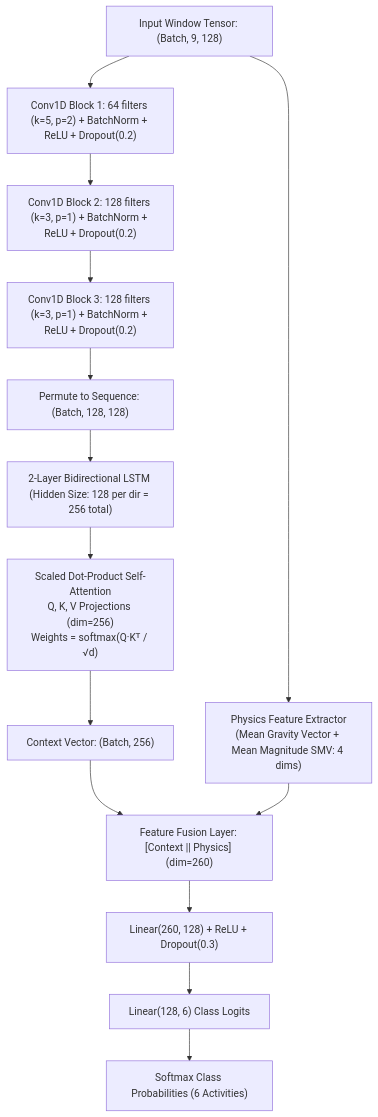
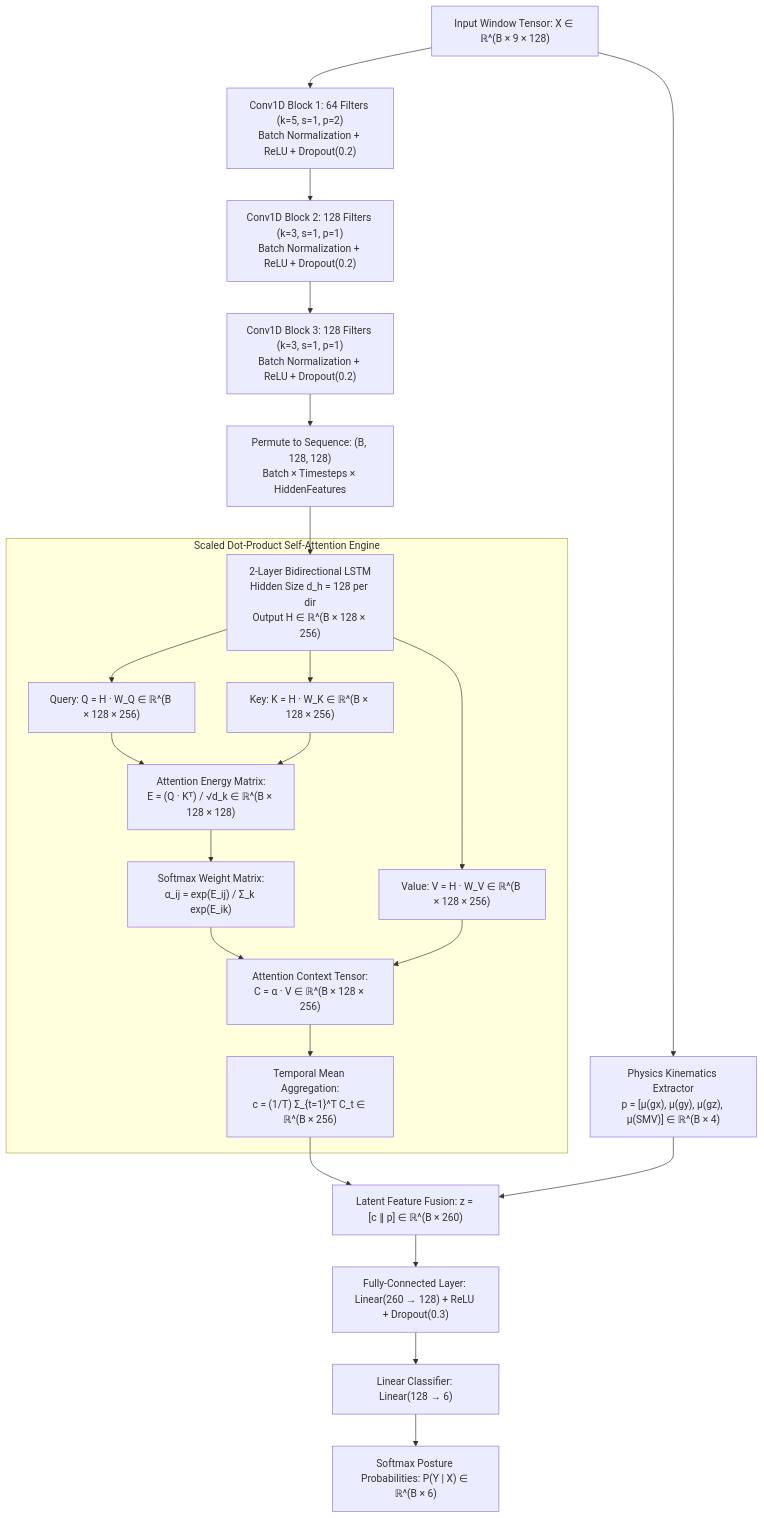
One commit to prathmesh-nitnaware/HAR changed the fourth of 8 diagrams in README.md. Above: the diagram before and after it, drawn with Mermaid. The commit also changed other lines of this file and 22 other files, not shown here.

````diff
--- a/README.md
+++ b/README.md
@@ -185,19 +280,26 @@
 ```mermaid
 flowchart TD
-    IN["Input Window Tensor: (Batch, 9, 128)"] --> C1["Conv1D Block 1: 64 filters (k=5, p=2) + BatchNorm + ReLU + Dropout(0.2)"]
-    C1 --> C2["Conv1D Block 2: 128 filters (k=3, p=1) + BatchNorm + ReLU + Dropout(0.2)"]
-    C2 --> C3["Conv1D Block 3: 128 filters (k=3, p=1) + BatchNorm + ReLU + Dropout(0.2)"]
+    IN["Input Window Tensor: X ∈ ℝ^(B × 9 × 128)"] --> C1["Conv1D Block 1: 64 Filters (k=5, s=1, p=2)<br/>Batch Normalization + ReLU + Dropout(0.2)"]
+    C1 --> C2["Conv1D Block 2: 128 Filters (k=3, s=1, p=1)<br/>Batch Normalization + ReLU + Dropout(0.2)"]
+    C2 --> C3["Conv1D Block 3: 128 Filters (k=3, s=1, p=1)<br/>Batch Normalization + ReLU + Dropout(0.2)"]
     
-    C3 --> PERM["Permute to Sequence: (Batch, 128, 128)"]
-    PERM --> LSTM["2-Layer Bidirectional LSTM (Hidden Size: 128 per dir = 256 total)"]
-    
-    LSTM --> ATTN["Scaled Dot-Product Self-Attention<br/>Q, K, V Projections (dim=256)<br/>Weights = softmax(Q·Kᵀ / √d)"]
-    ATTN --> CONTEXT["Context Vector: (Batch, 256)"]
-    
-    IN --> PHYS["Physics Feature Extractor<br/>(Mean Gravity Vector + Mean Magnitude SMV: 4 dims)"]
-    
-    CONTEXT & PHYS --> FUSE["Feature Fusion Layer: [Context || Physics] (dim=260)"]
-    FUSE --> FC1["Linear(260, 128) + ReLU + Dropout(0.3)"]
-    FC1 --> FC2["Linear(128, 6) Class Logits"]
-    FC2 --> OUT["Softmax Class Probabilities (6 Activities)"]
+    C3 --> PERM["Permute to Sequence: (B, 128, 128)<br/>Batch × Timesteps × HiddenFeatures"]
+    PERM --> LSTM["2-Layer Bidirectional LSTM<br/>Hidden Size d_h = 128 per dir<br/>Output H ∈ ℝ^(B × 128 × 256)"]
+
+    subgraph ATT["Scaled Dot-Product Self-Attention Engine"]
+        LSTM --> Q["Query: Q = H · W_Q ∈ ℝ^(B × 128 × 256)"]
+        LSTM --> K["Key: K = H · W_K ∈ ℝ^(B × 128 × 256)"]
+        LSTM --> V["Value: V = H · W_V ∈ ℝ^(B × 128 × 256)"]
+        
+        Q & K --> MATMUL["Attention Energy Matrix:<br/>E = (Q · Kᵀ) / √d_k ∈ ℝ^(B × 128 × 128)"]
+        MATMUL --> SMAX["Softmax Weight Matrix:<br/>α_ij = exp(E_ij) / Σ_k exp(E_ik)"]
+        SMAX & V --> CONTEXT["Attention Context Tensor:<br/>C = α · V ∈ ℝ^(B × 128 × 256)"]
+        CONTEXT --> POOL["Temporal Mean Aggregation:<br/>c = (1/T) Σ_{t=1}^T C_t ∈ ℝ^(B × 256)"]
+    end
+
+    IN --> PHYS["Physics Kinematics Extractor<br/>p = [μ(gx), μ(gy), μ(gz), μ(SMV)] ∈ ℝ^(B × 4)"]
+    POOL & PHYS --> CONCAT["Latent Feature Fusion: z = [c ∥ p] ∈ ℝ^(B × 260)"]
+    CONCAT --> DENSE1["Fully-Connected Layer: Linear(260 → 128) + ReLU + Dropout(0.3)"]
+    DENSE1 --> HEAD["Linear Classifier: Linear(128 → 6)"]
+    HEAD --> PROBS["Softmax Posture Probabilities: P(Y | X) ∈ ℝ^(B × 6)"]
 ```
````
